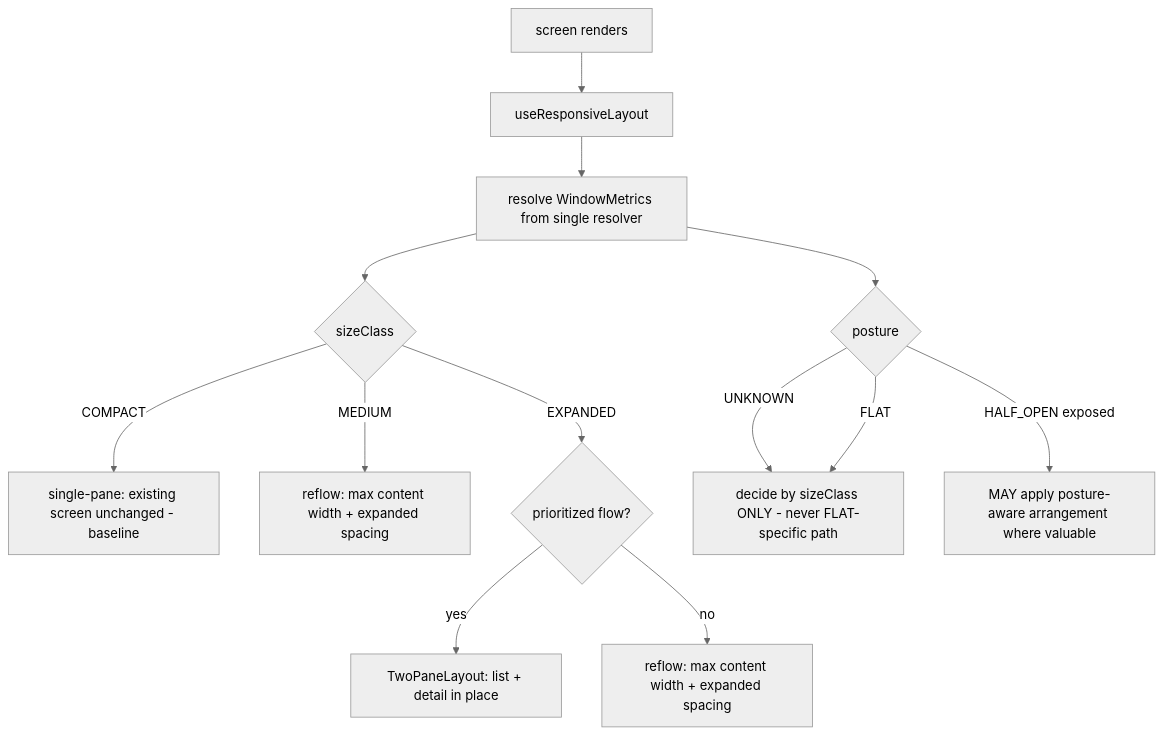
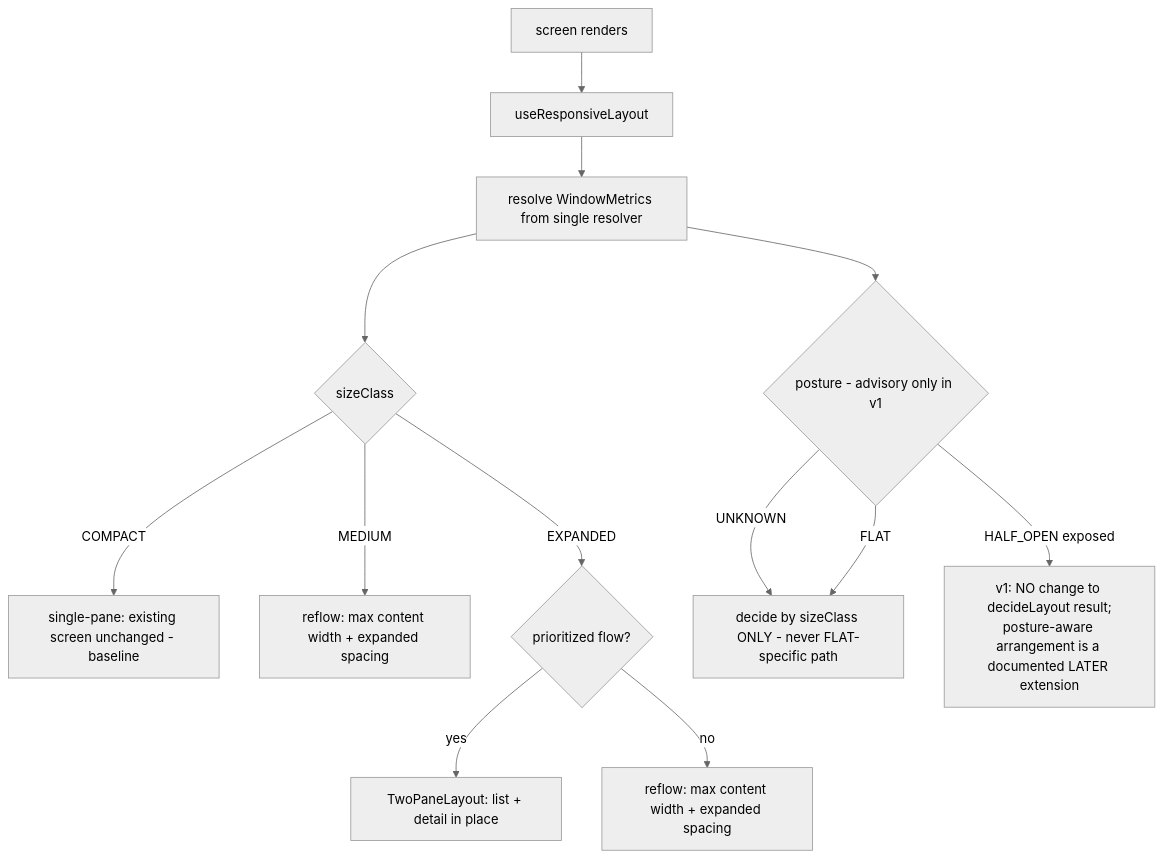
One commit to Sebastiandg007/bidclean changed the second of 4 diagrams in .kiro/specs/samsung-optimization/design.md. Above: the diagram before and after it, drawn with Mermaid (neutral theme). The commit also changed other lines of this file, not shown here.

````diff
--- a/.kiro/specs/samsung-optimization/design.md
+++ b/.kiro/specs/samsung-optimization/design.md
@@ -145,15 +145,15 @@
 ```mermaid
 flowchart TD
     Start[screen renders] --> H[useResponsiveLayout]
     H --> R[resolve WindowMetrics from single resolver]
     R --> SC{sizeClass}
     SC -->|COMPACT| Single[single-pane: existing screen unchanged - baseline]
     SC -->|MEDIUM| Reflow1[reflow: max content width + expanded spacing]
     SC -->|EXPANDED| P{prioritized flow?}
     P -->|yes| Two[TwoPaneLayout: list + detail in place]
     P -->|no| Reflow2[reflow: max content width + expanded spacing]
-    R --> PT{posture}
+    R --> PT{posture - advisory only in v1}
     PT -->|UNKNOWN| Note[decide by sizeClass ONLY - never FLAT-specific path]
-    PT -->|HALF_OPEN exposed| Opt[MAY apply posture-aware arrangement where valuable]
+    PT -->|HALF_OPEN exposed| Opt[v1: NO change to decideLayout result;\nposture-aware arrangement is a documented LATER extension]
     PT -->|FLAT| Note
 ```
````
